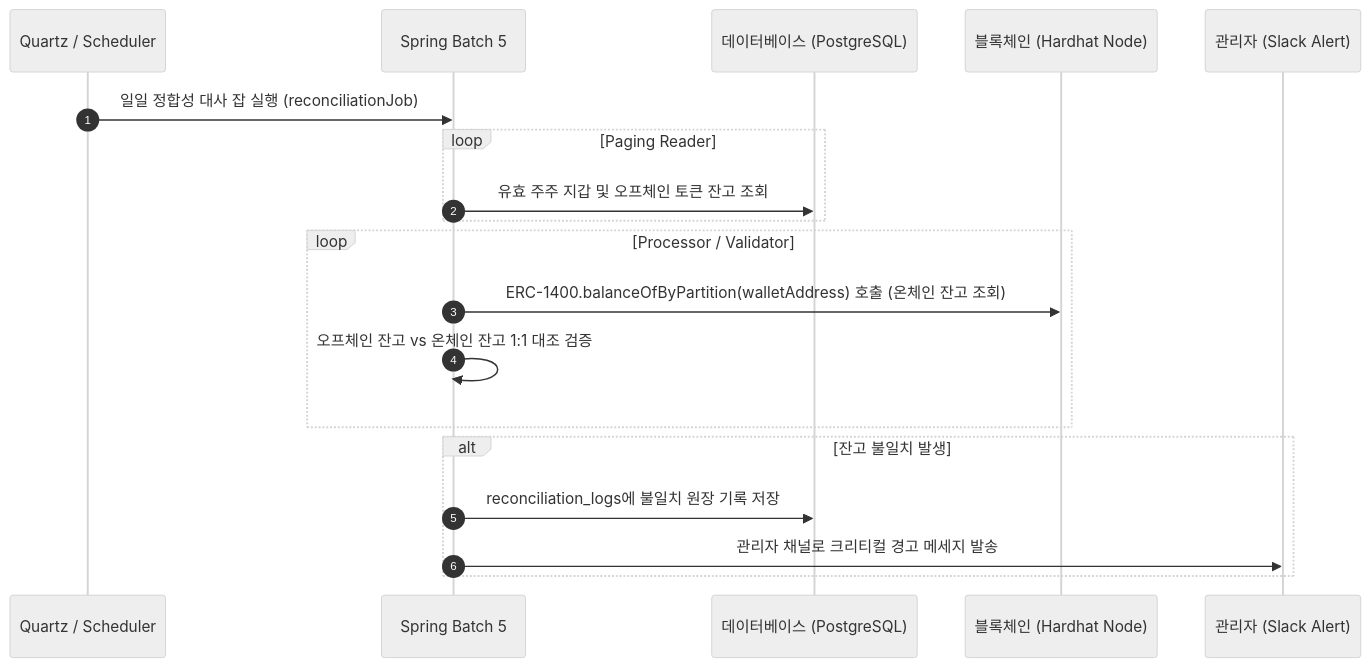
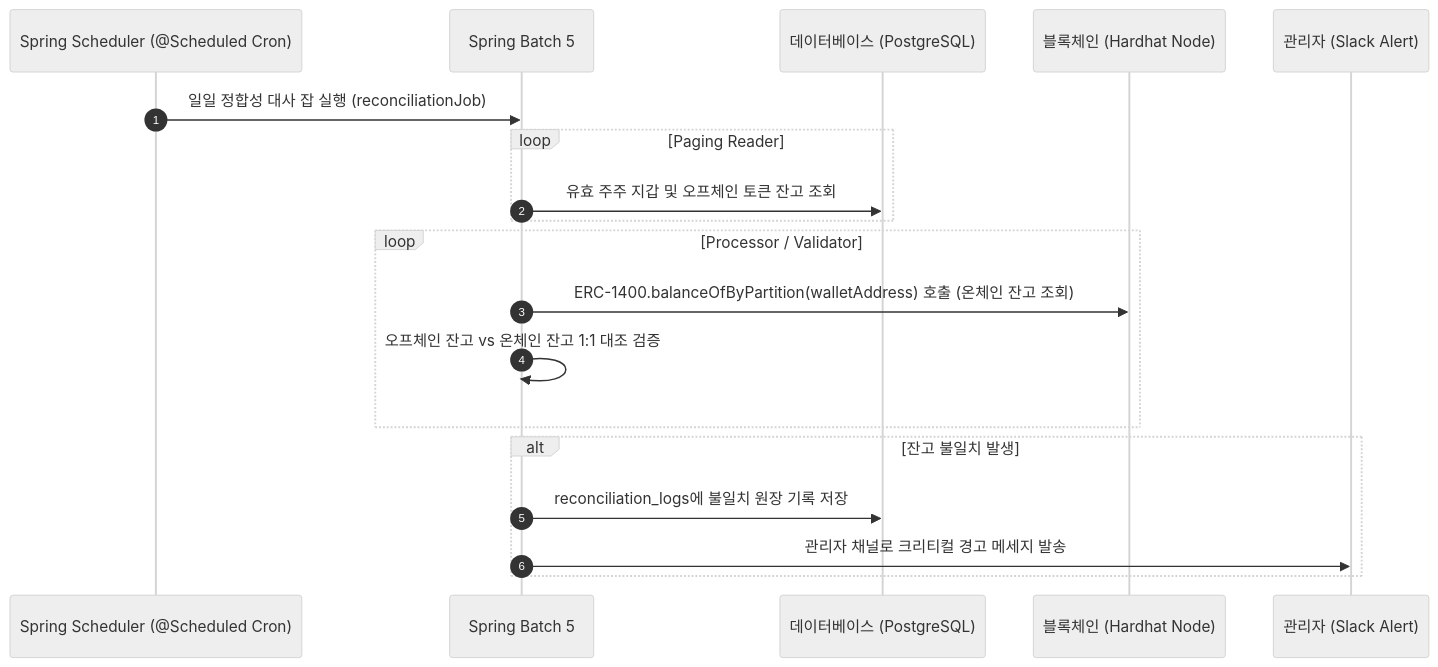
Before and after one commit to juhee77/Tokit: the fifth of 5 diagrams in README.md, drawn with Mermaid (neutral theme). The commit also changed other lines of this file and 2 other files, not shown here.

````diff
--- a/README.md
+++ b/README.md
@@ -181,22 +187,22 @@
 ```mermaid
 sequenceDiagram
     autonumber
-    participant Scheduler as Quartz / Scheduler
+    participant Scheduler as Spring Scheduler (@Scheduled Cron)
     participant Batch as Spring Batch 5
     participant DB as 데이터베이스 (PostgreSQL)
     participant BC as 블록체인 (Hardhat Node)
     participant Slack as 관리자 (Slack Alert)
 
     Scheduler->>Batch: 일일 정합성 대사 잡 실행 (reconciliationJob)
     loop Paging Reader
         Batch->>DB: 유효 주주 지갑 및 오프체인 토큰 잔고 조회
     end
     loop Processor / Validator
         Batch->>BC: ERC-1400.balanceOfByPartition(walletAddress) 호출 (온체인 잔고 조회)
         Batch->>Batch: 오프체인 잔고 vs 온체인 잔고 1:1 대조 검증
     end
     alt 잔고 불일치 발생
         Batch->>DB: reconciliation_logs에 불일치 원장 기록 저장
         Batch->>Slack: 관리자 채널로 크리티컬 경고 메세지 발송
     end
 ```
````
